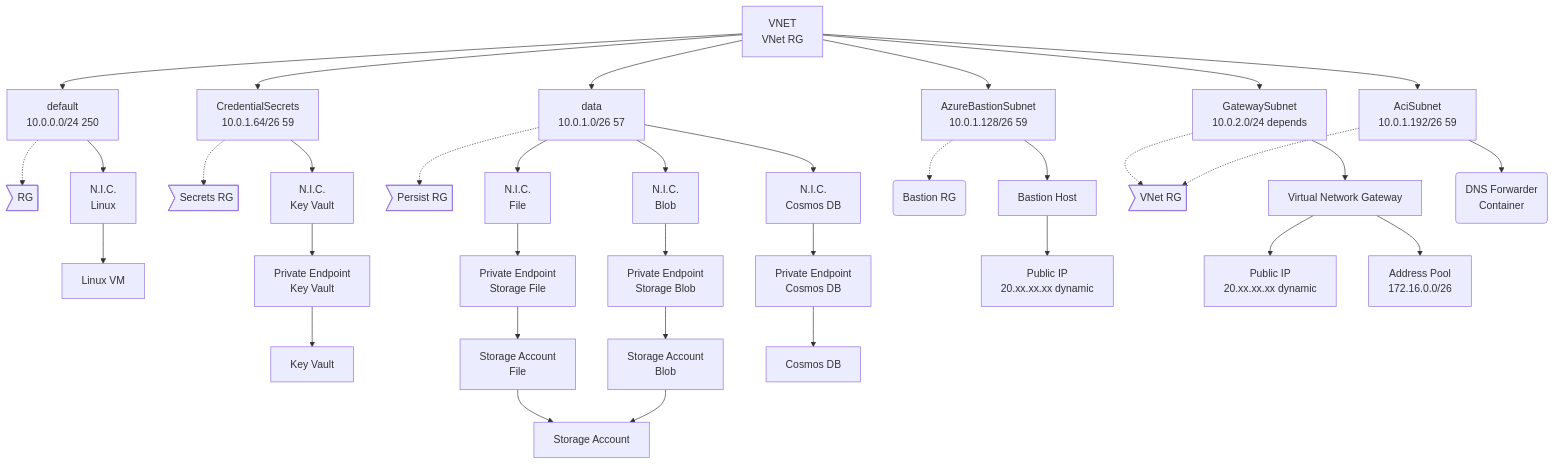
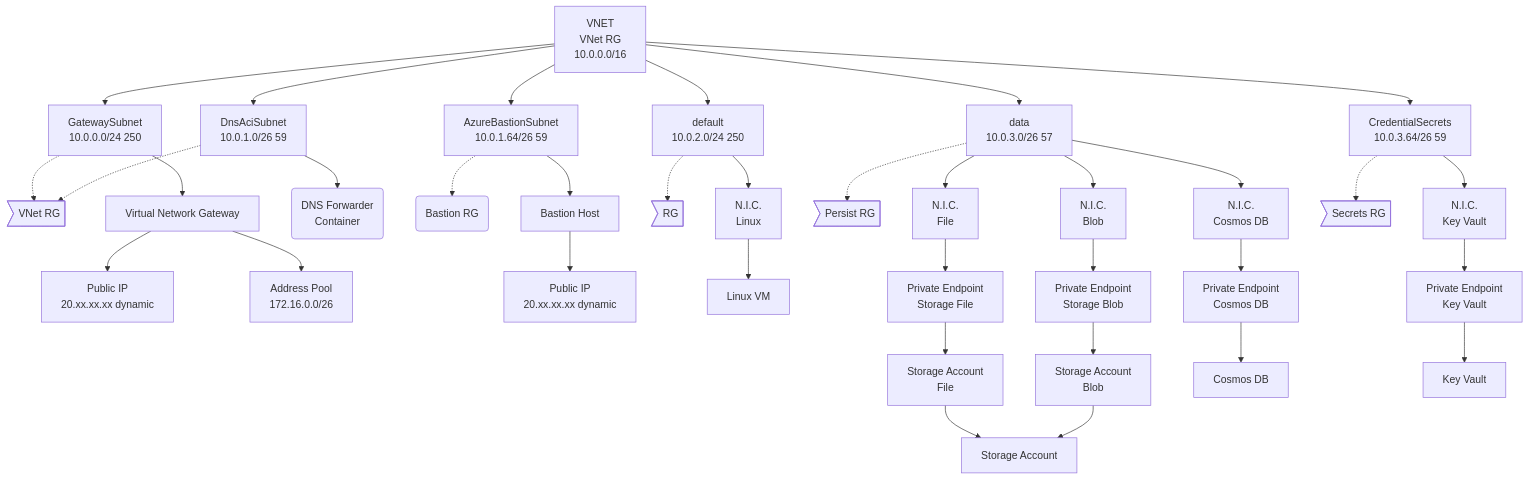
Before and after one commit to freemansoft/vnet-p2s-vpn-bastion-azure: the first of 2 diagrams in README.md, drawn with Mermaid. The commit also changed other lines of this file and 25 other files, not shown here.

Commit message:
renamed dns subnet - changes for mac - changed subnet pools

````diff
--- a/README.md
+++ b/README.md
@@ -73,54 +78,55 @@
 ```mermaid
 flowchart TD
-    A[VNET<br/> VNet RG]
-    A --> SubDef[default <br/>10.0.0.0/24 250]
-    A --> SubData[data <br/>10.0.1.0/26 57]
-    A --> SubCred[CredentialSecrets <br/>10.0.1.64/26 59]
-    A --> SubBast[AzureBastionSubnet <br/>10.0.1.128/26 59]
-    A --> SubAci[AciSubnet <br/>10.0.1.192/26 59]
-    A --> SubVng[GatewaySubnet <br/>10.0.2.0/24  depends]
+    A[VNET<br/>VNet RG<br/>10.0.0.0/16]
+    A --> SubVng[GatewaySubnet <br/>10.0.0.0/24  250]
+    A --> SubAci[DnsAciSubnet <br/>10.0.1.0/26 59]
+    A --> SubBast[AzureBastionSubnet <br/>10.0.1.64/26 59]
+
+    A --> SubDef[default <br/>10.0.2.0/24 250]
+    A --> SubData[data <br/>10.0.3.0/26 57]
+    A --> SubCred[CredentialSecrets <br/>10.0.3.64/26 59]
+
+    SubVng -.-> SubVngRg>VNet RG]
+    SubVng --> VNG[Virtual Network Gateway]
+    VNG --> PubVNG[Public IP<br/>20.xx.xx.xx dynamic]
+    VNG --> PoolVNG[Address Pool<br>172.16.0.0/26]
+
+    SubAci -.-> SubVngRg>VNet RG]
+    SubAci --> AciDns(DNS Forwarder<br/>Container)
+
+    SubBast -.-> SubBastRg(Bastion RG)
+    SubBast --> Bastion[Bastion Host]
+    Bastion --> PubaAst[Public IP<br/>20.xx.xx.xx dynamic]
 
     SubDef -.-> SubDefRg>RG]
     SubDef --> NicVM[N.I.C.<br/>Linux]
     NicVM --> VM[Linux VM]
 
-    SubCred -.-> SubCredRg>Secrets RG]
-    SubCred --> NicKeyVault[N.I.C.<br/>Key Vault]
-    NicKeyVault --> PleKV[Private Endpoint<br/>Key Vault]
-    PleKV --> KeyVault[Key Vault]
-    
     StorAct[Storage Account]
     StorFile[Storage Account<br/>File]
     StorBlob[Storage Account<br/>Blob] 
 
     CosmosDB[Cosmos DB]
 
     SubData -.-> SubPersistRg>Persist RG]
     
     SubData --> NicStorFile[N.I.C.<br/>File]
     NicStorFile --> PleFile[Private Endpoint<br/>Storage File]
     PleFile --> StorFile
     StorFile --> StorAct
 
     SubData --> NicStorBlob[N.I.C.<br/>Blob]
     NicStorBlob --> PleBlob[Private Endpoint<br/>Storage Blob]
     PleBlob --> StorBlob
     StorBlob --> StorAct
 
     SubData --> NicCosmos[N.I.C.<br/> Cosmos DB]
     NicCosmos --> PleCosmos[Private Endpoint<br/>Cosmos DB]
     PleCosmos --> CosmosDB
 
-    SubBast -.-> SubBastRg(Bastion RG)
-    SubBast --> Bastion[Bastion Host]
-    Bastion --> PubaAst[Public IP<br/>20.xx.xx.xx dynamic]
-
-    SubVng -.-> SubVngRg>VNet RG]
-    SubVng --> VNG[Virtual Network Gateway]
-    VNG --> PubVNG[Public IP<br/>20.xx.xx.xx dynamic]
-    VNG --> PoolVNG[Address Pool<br>172.16.0.0/26]
-
-    SubAci -.-> SubVngRg>VNet RG]
-    SubAci --> AciDns(DNS Forwarder<br/>Container)
+    SubCred -.-> SubCredRg>Secrets RG]
+    SubCred --> NicKeyVault[N.I.C.<br/>Key Vault]
+    NicKeyVault --> PleKV[Private Endpoint<br/>Key Vault]
+    PleKV --> KeyVault[Key Vault]
 
 ```
````
